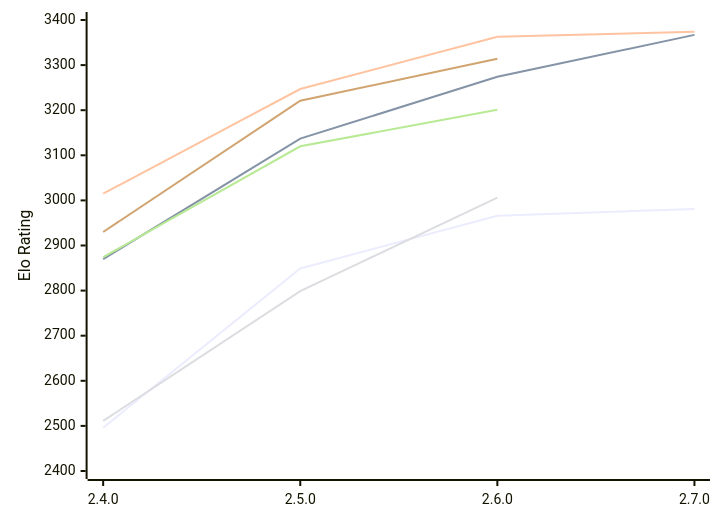
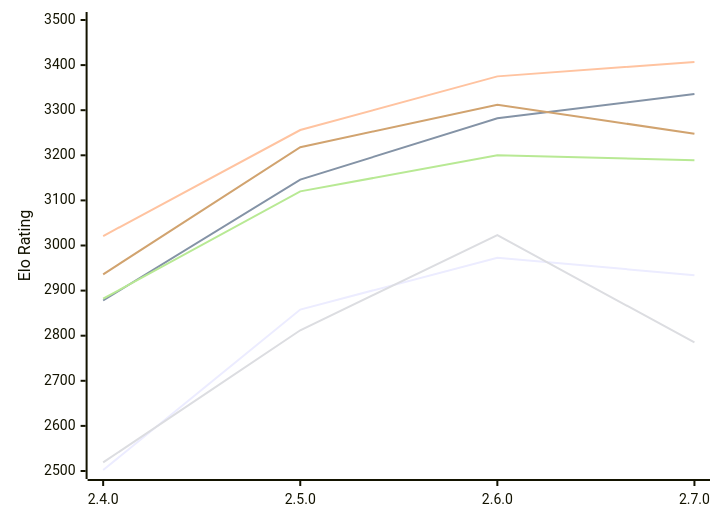
Before and after one commit to computer-chess-index/cci: the diagram in engines/Rarog.md, drawn with Mermaid. The commit also changed other lines of this file, not shown here.

Commit message:
Update CCI Ratings (ELO VLTC) - 2026-11-16

````diff
--- a/engines/Rarog.md
+++ b/engines/Rarog.md
@@ -52,12 +53,12 @@
 ```mermaid
 %%{init: {"theme":"base","themeVariables":{"seriesColors:['#a3a3a3','#222221','#faa371']}}}%%
 xychart-beta
   x-axis ["2.4.0", "2.5.0", "2.6.0", "2.7.0"]
-  y-axis "Elo Rating" 2400 --> 3400
-  line "E1: STC (8.0+0.08s)" [2496, 2849, 2966, 2981]
-  line "E1: LTC (60.0+0.60s)" [2870, 3137, 3274, 3367]
-  line "E1: VLTC (2m24s+1.12s)" [3015, 3247, 3363, 3374]
-  line "P1: STC (8.0+0.08s)" [2511, 2799, 3006]
-  line "P1: LTC (60.0+0.60s)" [2874, 3120, 3201]
-  line "P1: VLTC (2m24s+1.12s)" [2930, 3221, 3314]
+  y-axis "Elo Rating" 2500 --> 3500
+  line "E1: STC (8.0+0.08s)" [2502, 2858, 2973, 2934]
+  line "E1: LTC (60.0+0.60s)" [2878, 3146, 3282, 3336]
+  line "E1: VLTC (2m24s+1.12s)" [3021, 3256, 3375, 3407]
+  line "P1: STC (8.0+0.08s)" [2519, 2812, 3023, 2785]
+  line "P1: LTC (60.0+0.60s)" [2882, 3120, 3200, 3189]
+  line "P1: VLTC (2m24s+1.12s)" [2936, 3218, 3312, 3248]
 ```
````
